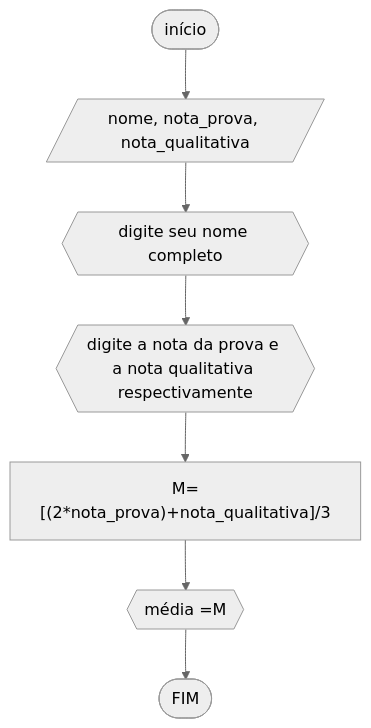
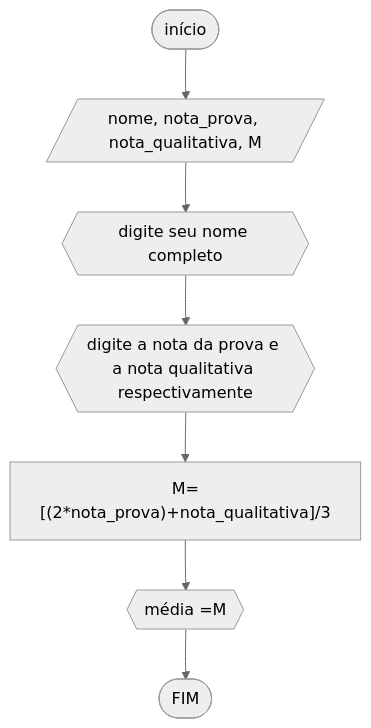
Before and after one commit to yeesusu/UNIFOR: the eighth of 15 diagrams in RLA/RLA2/20exercícios_RLA.md, drawn with Mermaid (neutral theme). The commit also changed other lines of this file, not shown here.

````diff
--- a/RLA/RLA2/20exercícios_RLA.md
+++ b/RLA/RLA2/20exercícios_RLA.md
@@ -179,9 +181,9 @@
 ```mermaid
 flowchart TD
-A([início])-->B[/nome, nota_prova, nota_qualitativa/]
+A([início])-->B[/nome, nota_prova, nota_qualitativa, M/]
 B-->C{{"digite seu nome completo"}}
 C-->D{{"digite a nota da prova e a nota qualitativa respectivamente"}}
 D-->E["M=[(2*nota_prova)+nota_qualitativa]/3"]
 E-->F{{"média ="M}}
 F-->Z([FIM])
 ```
````
